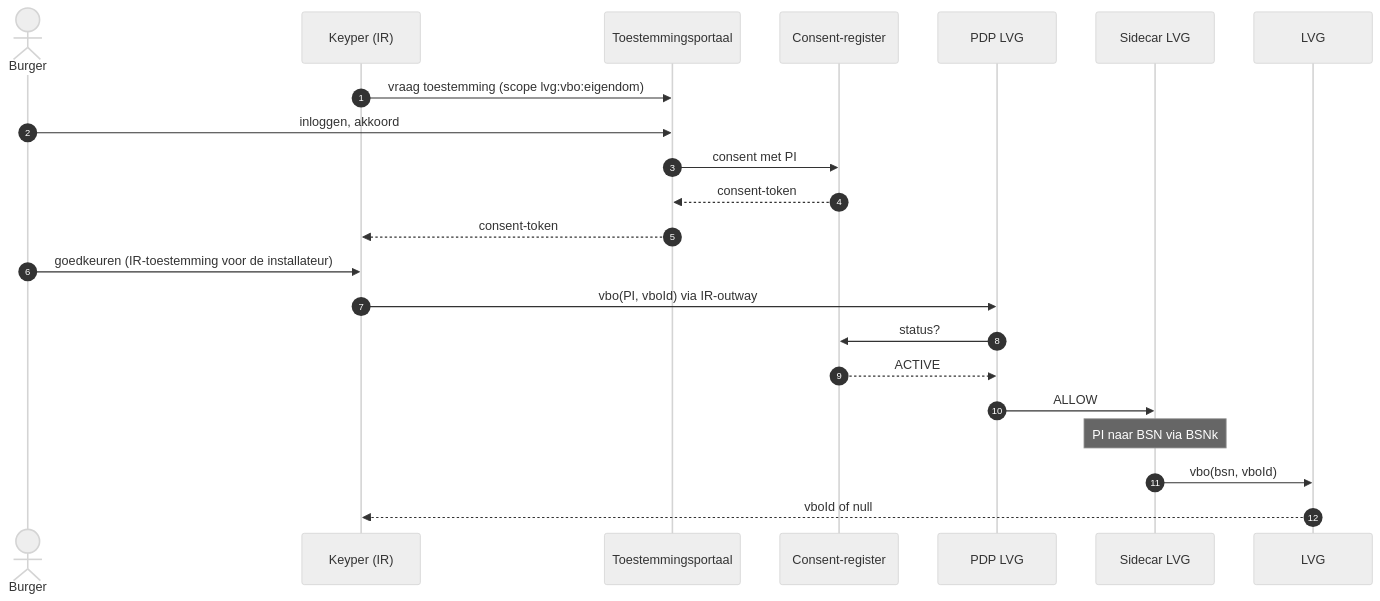
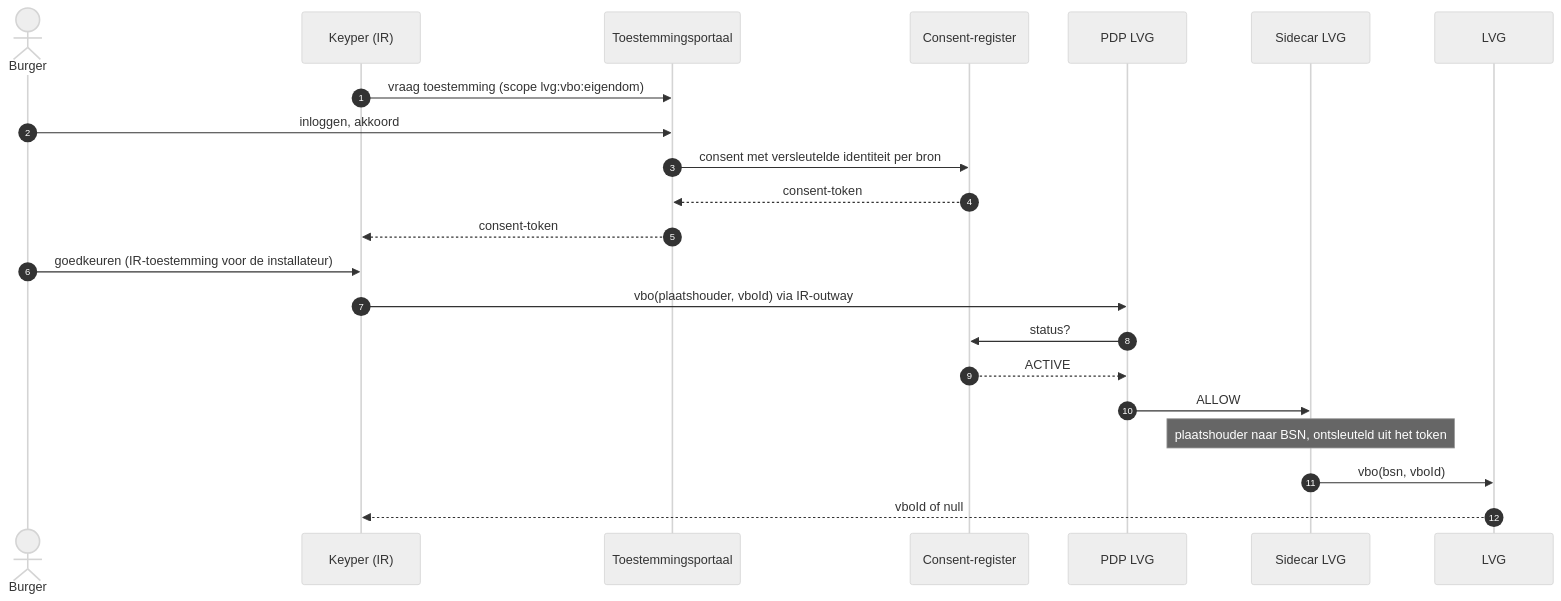
The diagram in docs/lvg-ir.md (ICTU/GBO-demo), drawn with Mermaid (neutral theme) before and after one commit. The commit also changed other lines of this file and 74 other files, not shown here.

````diff
--- a/docs/lvg-ir.md
+++ b/docs/lvg-ir.md
@@ -35,24 +35,24 @@
 ```mermaid
 sequenceDiagram
     autonumber
     actor B as Burger
     participant K as Keyper (IR)
     participant P as Toestemmingsportaal
     participant R as Consent-register
     participant PDP as PDP LVG
     participant S as Sidecar LVG
     participant L as LVG
     K->>P: vraag toestemming (scope lvg:vbo:eigendom)
     B->>P: inloggen, akkoord
-    P->>R: consent met PI
+    P->>R: consent met versleutelde identiteit per bron
     R-->>P: consent-token
     P-->>K: consent-token
     B->>K: goedkeuren (IR-toestemming voor de installateur)
-    K->>PDP: vbo(PI, vboId) via IR-outway
+    K->>PDP: vbo(plaatshouder, vboId) via IR-outway
     PDP->>R: status?
     R-->>PDP: ACTIVE
     PDP->>S: ALLOW
-    Note over S: PI naar BSN via BSNk
+    Note over S: plaatshouder naar BSN, ontsleuteld uit het token
     S->>L: vbo(bsn, vboId)
     L-->>K: vboId of null
 ```
````
